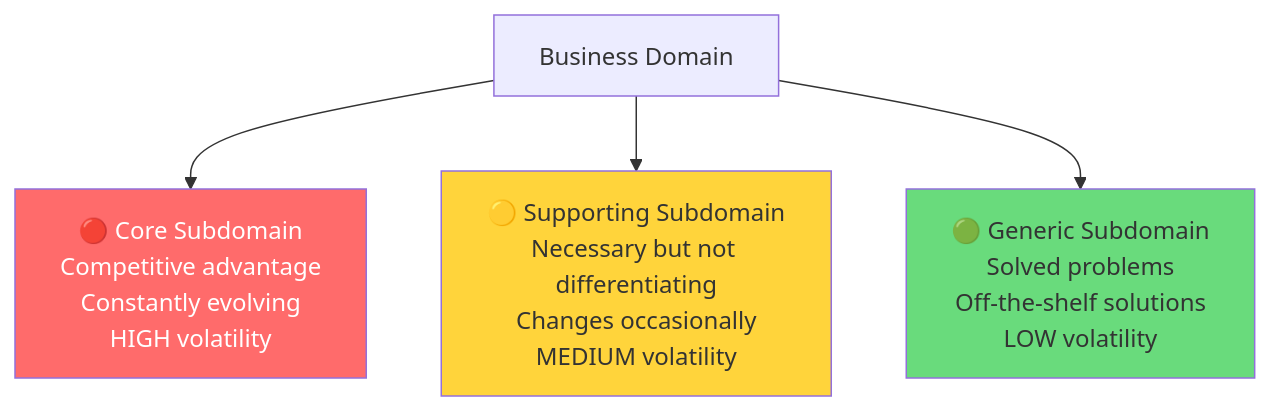
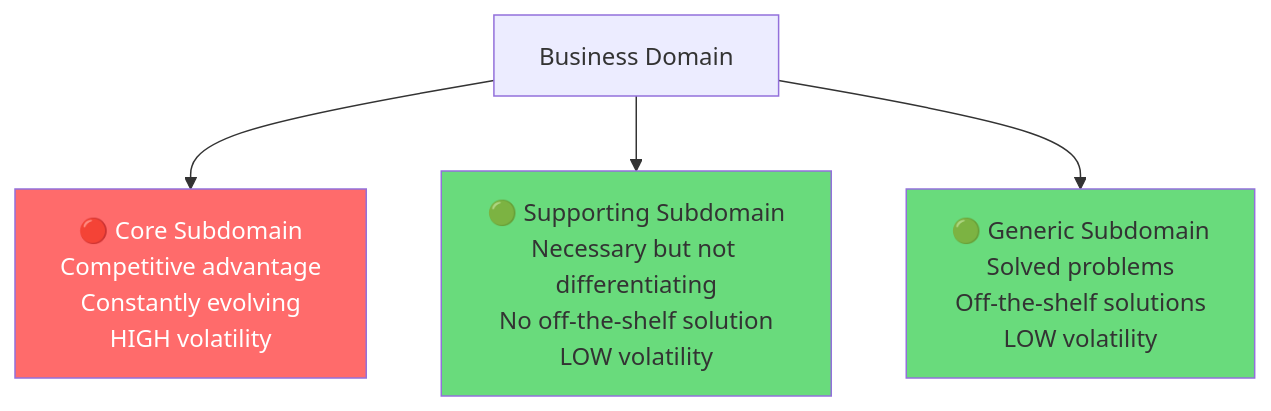
Before and after one commit to anaerobic/coupling: the sixth of 8 diagrams in coupling-dimensions.md, drawn with Mermaid. The commit also changed other lines of this file and 8 other files, not shown here.

````diff
--- a/coupling-dimensions.md
+++ b/coupling-dimensions.md
@@ -659,14 +692,14 @@
 ```mermaid
 flowchart TD
     BD[Business Domain] --> Core
     BD --> Supporting
     BD --> Generic
 
     Core["🔴 Core Subdomain<br/>Competitive advantage<br/>Constantly evolving<br/>HIGH volatility"]
-    Supporting["🟡 Supporting Subdomain<br/>Necessary but not differentiating<br/>Changes occasionally<br/>MEDIUM volatility"]
+    Supporting["🟢 Supporting Subdomain<br/>Necessary but not differentiating<br/>No off-the-shelf solution<br/>LOW volatility"]
     Generic["🟢 Generic Subdomain<br/>Solved problems<br/>Off-the-shelf solutions<br/>LOW volatility"]
 
     style Core fill:#ff6b6b,color:#fff
-    style Supporting fill:#ffd43b,color:#333
+    style Supporting fill:#69db7c,color:#333
     style Generic fill:#69db7c,color:#333
 ```
````
